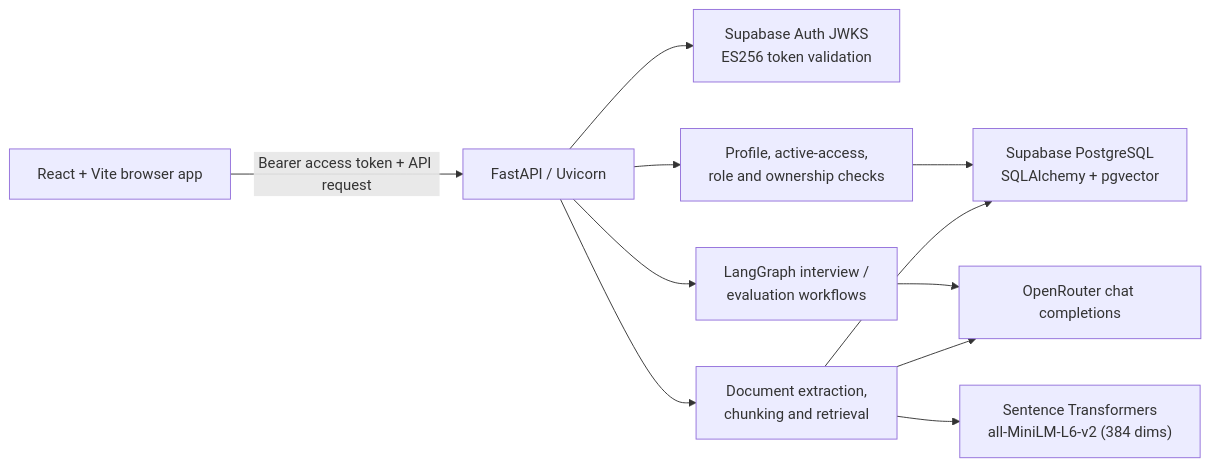
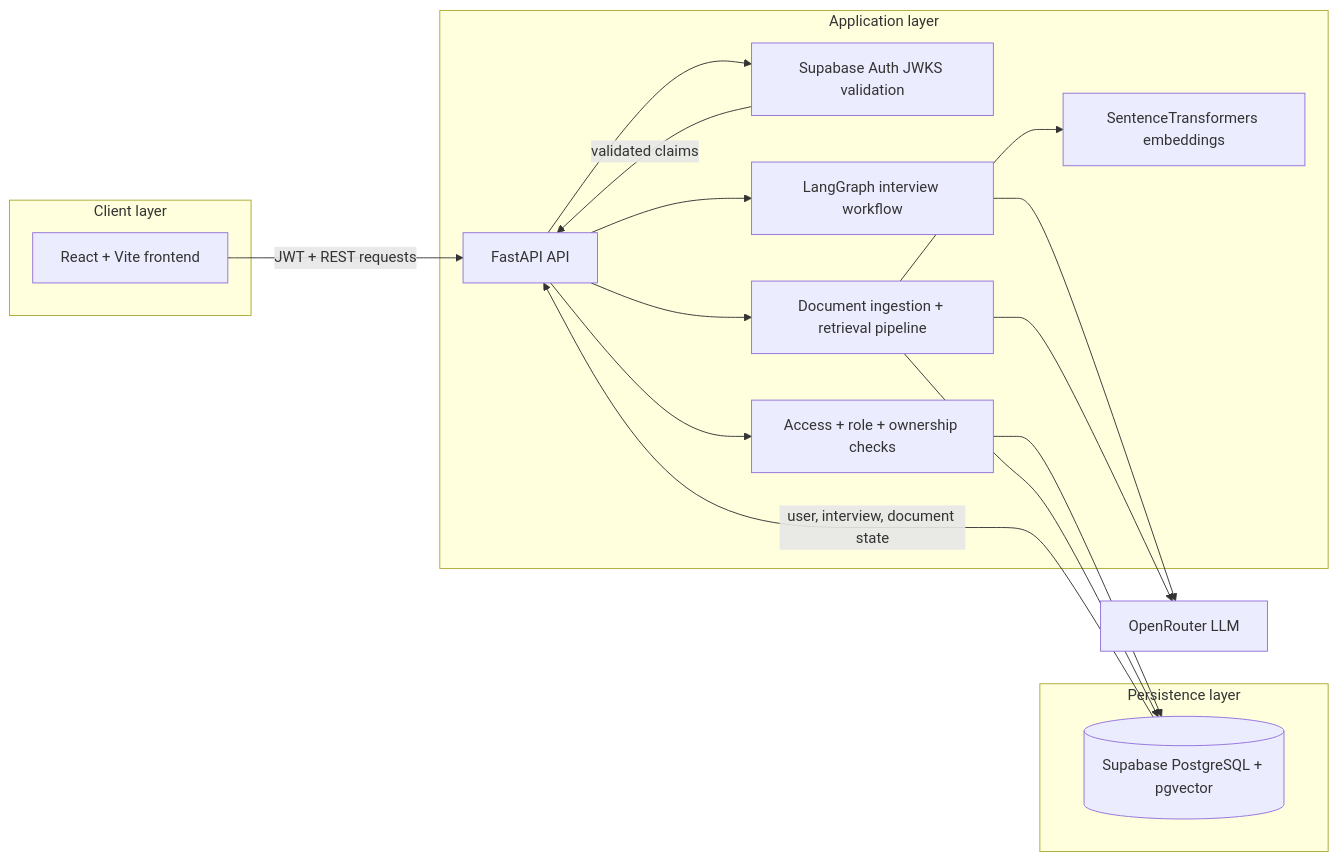
Before and after one commit to VatsalNegi/AgentHire-AI: the first of 4 diagrams in README.md, drawn with Mermaid. The commit also changed other lines of this file and 1 other file, not shown here.

Commit message:
docs: improve README diagrams and add landing screenshot

````diff
--- a/README.md
+++ b/README.md
@@ -51,23 +51,34 @@
 ```mermaid
 flowchart LR
-    Browser["React + Vite browser app"]
-    API["FastAPI / Uvicorn"]
-    Auth["Supabase Auth JWKS\nES256 token validation"]
-    Access["Profile, active-access,\nrole and ownership checks"]
-    Graph["LangGraph interview /\nevaluation workflows"]
-    RAG["Document extraction,\nchunking and retrieval"]
-    Embed["Sentence Transformers\nall-MiniLM-L6-v2 (384 dims)"]
-    DB["Supabase PostgreSQL\nSQLAlchemy + pgvector"]
-    LLM["OpenRouter chat completions"]
+    subgraph Client[Client layer]
+        Browser[React + Vite frontend]
+    end
 
-    Browser -->|"Bearer access token + API request"| API
+    subgraph App[Application layer]
+        API[FastAPI API]
+        Auth[Supabase Auth JWKS validation]
+        Access[Access + role + ownership checks]
+        Interview[LangGraph interview workflow]
+        RAG[Document ingestion + retrieval pipeline]
+        Embed[SentenceTransformers embeddings]
+    end
+
+    subgraph Data[Persistence layer]
+        DB[(Supabase PostgreSQL + pgvector)]
+    end
+
+    LLM[OpenRouter LLM]
+
+    Browser -->|JWT + REST requests| API
     API --> Auth
+    Auth -->|validated claims| API
     API --> Access
     Access --> DB
-    API --> Graph
-    Graph --> LLM
+    API --> Interview
+    Interview --> LLM
     API --> RAG
     RAG --> Embed
     RAG --> DB
     RAG --> LLM
+    DB -->|user, interview, document state| API
 ```
````
